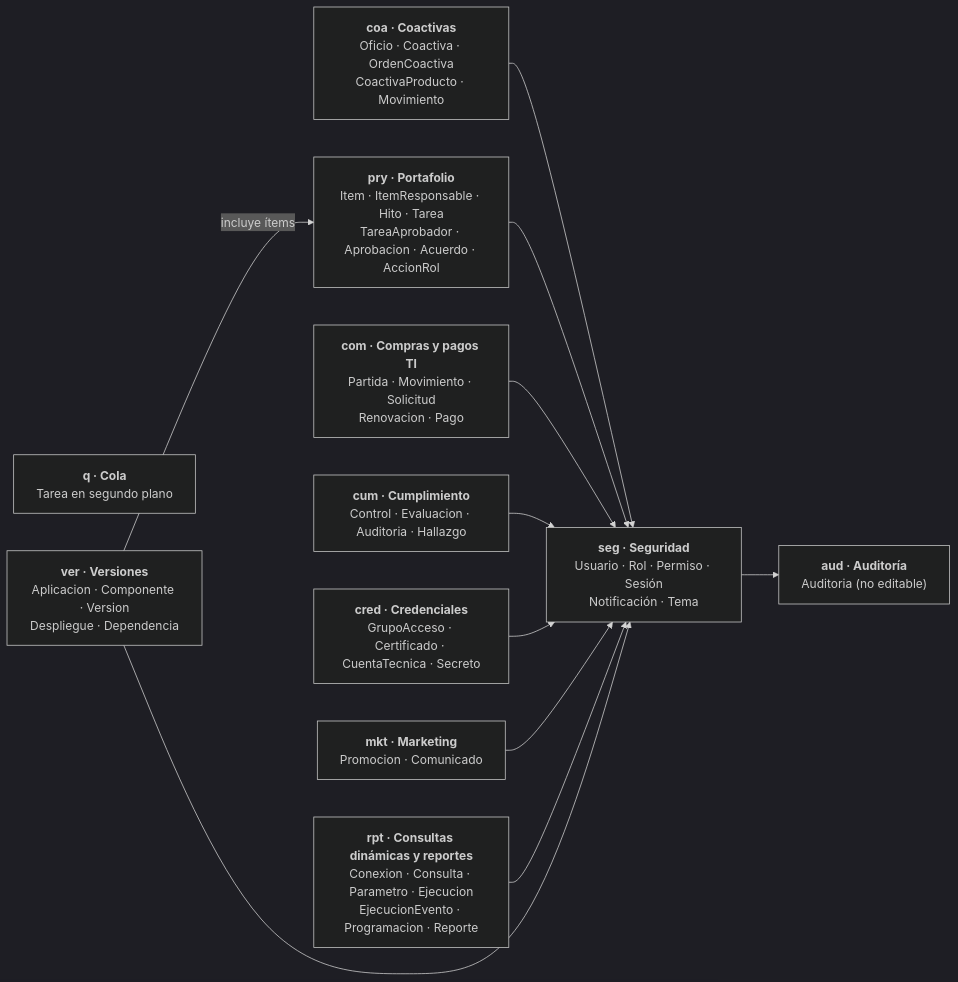
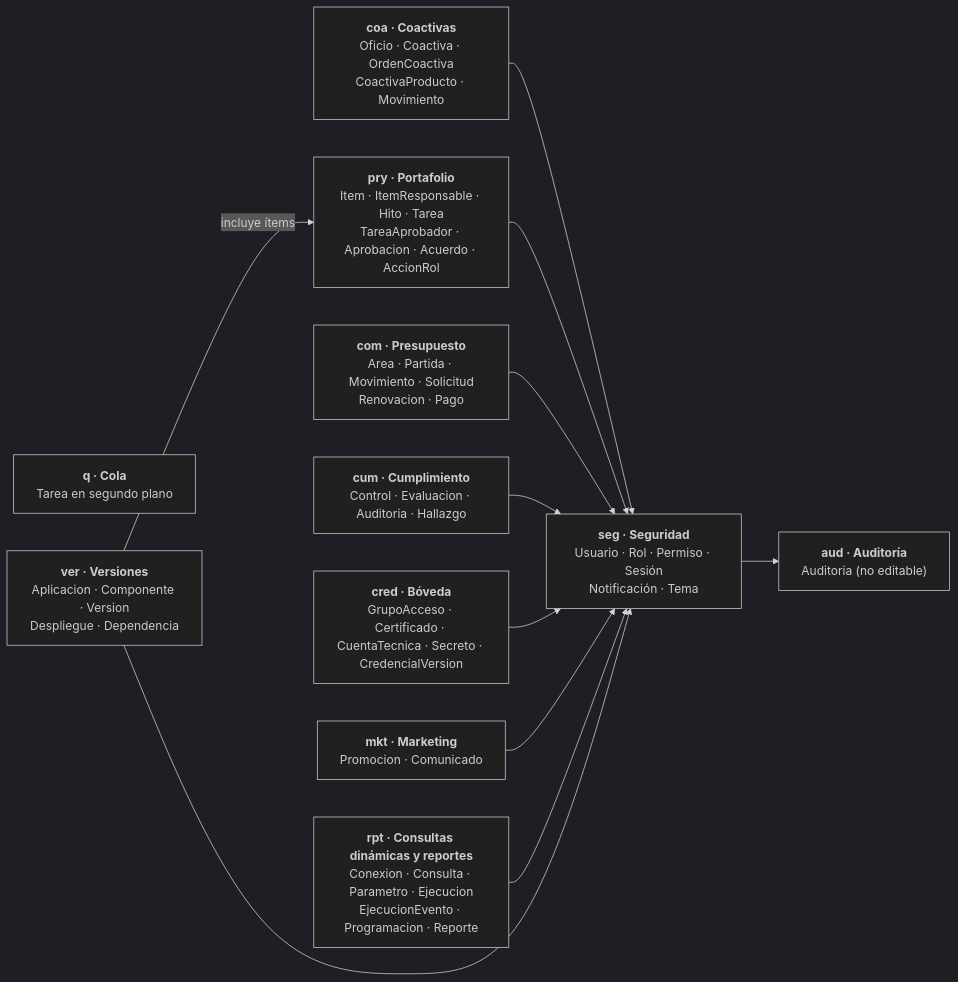
The diagram in spec/modelo-datos/00-general.mmd (buenchico40/ProBank), drawn with Mermaid (dark theme) before and after one commit. The commit also changed 304 other files, not shown here.

First line of the commit message:
Presupuesto, Consultas dinámicas, Configuración y Bóveda; mejoras de Portafolio, Marketing y Panel

```diff
--- a/spec/modelo-datos/00-general.mmd
+++ b/spec/modelo-datos/00-general.mmd
@@ -1,22 +1,22 @@
 flowchart LR
   SEG["<b>seg · Seguridad</b><br/>Usuario · Rol · Permiso · Sesión<br/>Notificación · Tema"]
   AUD["<b>aud · Auditoría</b><br/>Auditoria (no editable)"]
   Q["<b>q · Cola</b><br/>Tarea en segundo plano"]
   COA["<b>coa · Coactivas</b><br/>Oficio · Coactiva · OrdenCoactiva<br/>CoactivaProducto · Movimiento"]
   PRY["<b>pry · Portafolio</b><br/>Item · ItemResponsable · Hito · Tarea<br/>TareaAprobador · Aprobacion · Acuerdo · AccionRol"]
-  COM["<b>com · Compras y pagos TI</b><br/>Partida · Movimiento · Solicitud<br/>Renovacion · Pago"]
+  COM["<b>com · Presupuesto</b><br/>Area · Partida · Movimiento · Solicitud<br/>Renovacion · Pago"]
   CUM["<b>cum · Cumplimiento</b><br/>Control · Evaluacion · Auditoria · Hallazgo"]
-  CRED["<b>cred · Credenciales</b><br/>GrupoAcceso · Certificado · CuentaTecnica · Secreto"]
+  CRED["<b>cred · Bóveda</b><br/>GrupoAcceso · Certificado · CuentaTecnica · Secreto · CredencialVersion"]
   MKT["<b>mkt · Marketing</b><br/>Promocion · Comunicado"]
   RPT["<b>rpt · Consultas dinámicas y reportes</b><br/>Conexion · Consulta · Parametro · Ejecucion<br/>EjecucionEvento · Programacion · Reporte"]
   VER["<b>ver · Versiones</b><br/>Aplicacion · Componente · Version<br/>Despliegue · Dependencia"]
   COA --> SEG
   PRY --> SEG
   COM --> SEG
   CUM --> SEG
   CRED --> SEG
   MKT --> SEG
   RPT --> SEG
   VER --> SEG
   VER -->|incluye ítems| PRY
   SEG --> AUD
```
